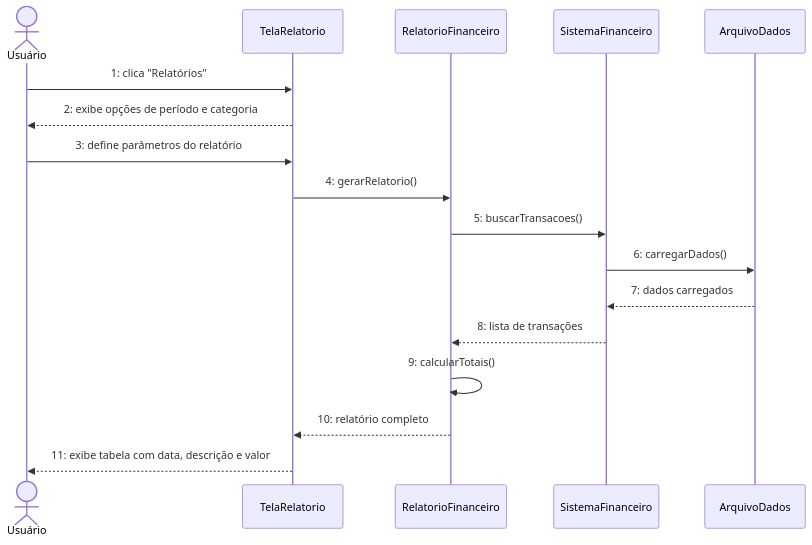
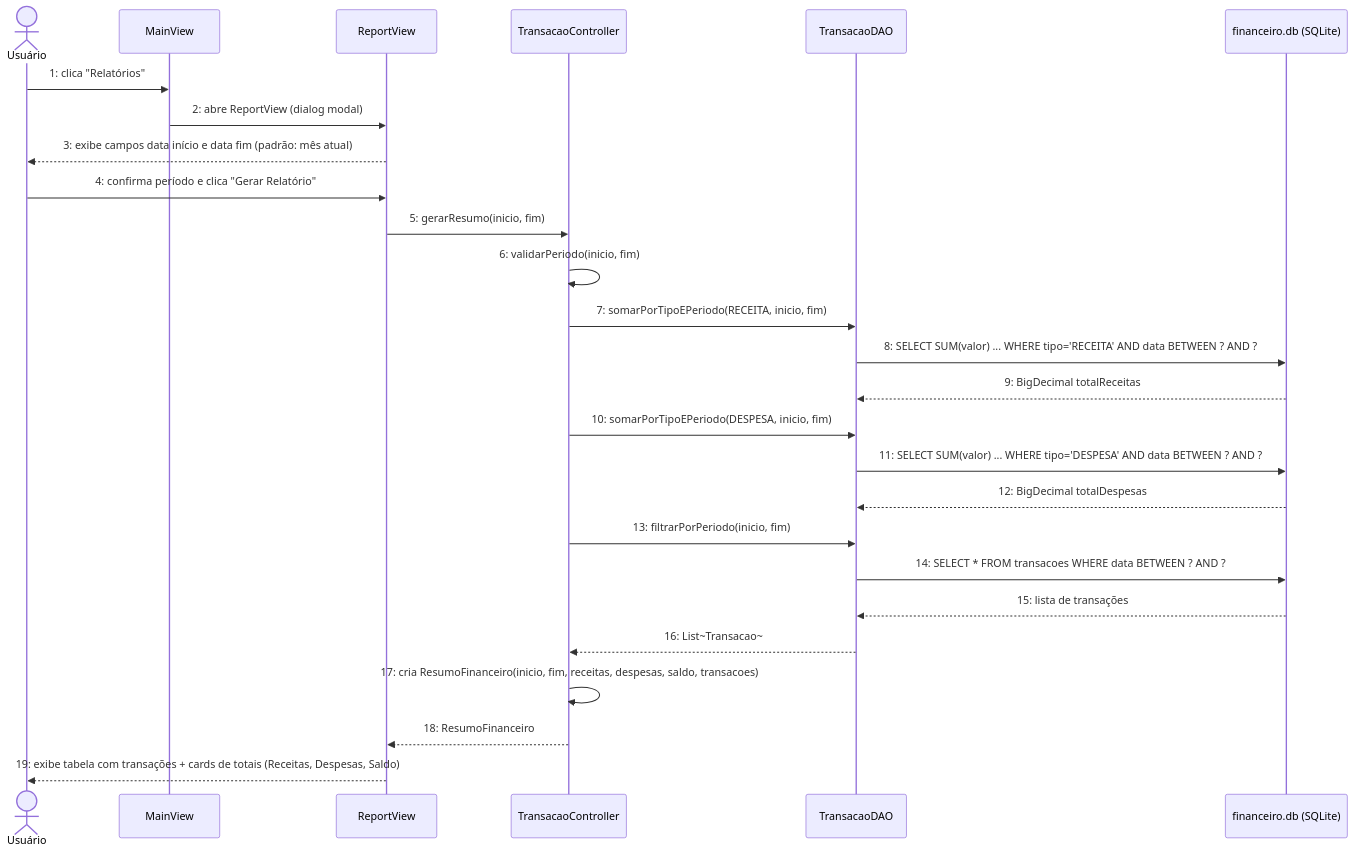
Before and after one commit to NEXA-project-br/NEXA: the sixth of 7 diagrams in relacionamento/ds.md, drawn with Mermaid. The commit also changed other lines of this file and 4 other files, not shown here.

````diff
--- a/relacionamento/ds.md
+++ b/relacionamento/ds.md
@@ -117,20 +160,29 @@
 ```mermaid
 sequenceDiagram
   actor U as Usuário
-  participant T as TelaRelatorio
-  participant R as RelatorioFinanceiro
-  participant S as SistemaFinanceiro
-  participant D as ArquivoDados
+  participant MV as MainView
+  participant RV as ReportView
+  participant C as TransacaoController
+  participant D as TransacaoDAO
+  participant DB as financeiro.db (SQLite)
 
-  U->>T: 1: clica "Relatórios"
-  T-->>U: 2: exibe opções de período e categoria
-  U->>T: 3: define parâmetros do relatório
-  T->>R: 4: gerarRelatorio()
-  R->>S: 5: buscarTransacoes()
-  S->>D: 6: carregarDados()
-  D-->>S: 7: dados carregados
-  S-->>R: 8: lista de transações
-  R->>R: 9: calcularTotais()
-  R-->>T: 10: relatório completo
-  T-->>U: 11: exibe tabela com data, descrição e valor
+  U->>MV: 1: clica "Relatórios"
+  MV->>RV: 2: abre ReportView (dialog modal)
+  RV-->>U: 3: exibe campos data início e data fim (padrão: mês atual)
+  U->>RV: 4: confirma período e clica "Gerar Relatório"
+  RV->>C: 5: gerarResumo(inicio, fim)
+  C->>C: 6: validarPeriodo(inicio, fim)
+  C->>D: 7: somarPorTipoEPeriodo(RECEITA, inicio, fim)
+  D->>DB: 8: SELECT SUM(valor) ... WHERE tipo='RECEITA' AND data BETWEEN ? AND ?
+  DB-->>D: 9: BigDecimal totalReceitas
+  C->>D: 10: somarPorTipoEPeriodo(DESPESA, inicio, fim)
+  D->>DB: 11: SELECT SUM(valor) ... WHERE tipo='DESPESA' AND data BETWEEN ? AND ?
+  DB-->>D: 12: BigDecimal totalDespesas
+  C->>D: 13: filtrarPorPeriodo(inicio, fim)
+  D->>DB: 14: SELECT * FROM transacoes WHERE data BETWEEN ? AND ?
+  DB-->>D: 15: lista de transações
+  D-->>C: 16: List~Transacao~
+  C->>C: 17: cria ResumoFinanceiro(inicio, fim, receitas, despesas, saldo, transacoes)
+  C-->>RV: 18: ResumoFinanceiro
+  RV-->>U: 19: exibe tabela com transações + cards de totais (Receitas, Despesas, Saldo)
 ```
````
